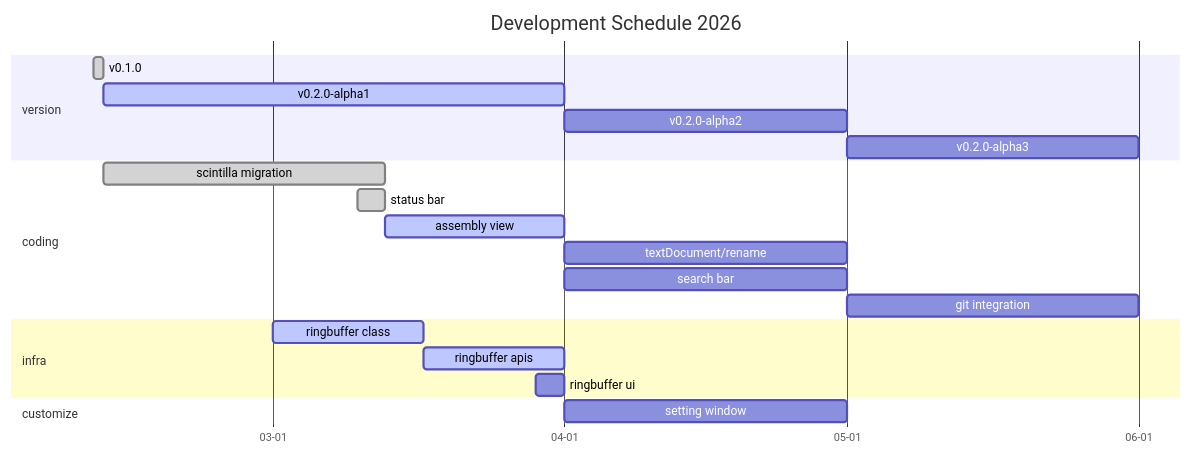
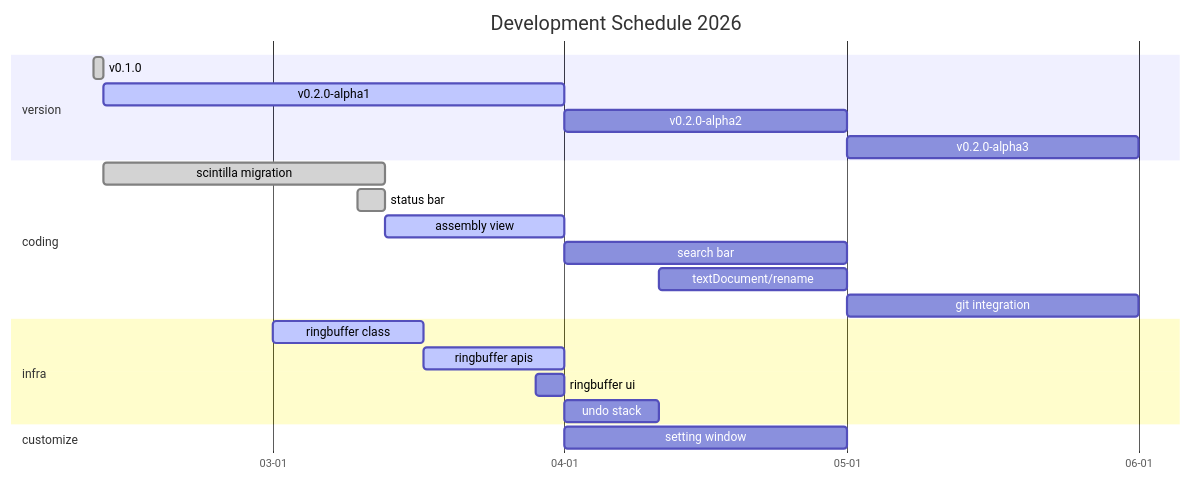
Before and after one commit to zyt20001205/UniComm2: the second of 3 diagrams in readme.md, drawn with Mermaid.

Commit message:
md update

````diff
--- a/readme.md
+++ b/readme.md
@@ -79,29 +79,30 @@
 ```mermaid
 gantt
     title Development Schedule 2026
     dateFormat MM-DD
     axisFormat %m-%d
     tickInterval 1month
 
     section version
         v0.1.0: done, 02-10, 1d
         v0.2.0-alpha1: active, 02-11, 49d
         v0.2.0-alpha2: 04-01, 30d
         v0.2.0-alpha3: 05-01, 31d
 
     section coding
         scintilla migration: done, 02-11, 30d
         status bar: done, 03-10, 3d
         assembly view: active, 03-13, 19d
-        textDocument/rename: 04-01, 30d
         search bar: 04-01, 30d
+        textDocument/rename: 04-11, 20d
         git integration: 05-01, 31d
 
     section infra
         ringbuffer class: active, 03-01, 16d
         ringbuffer apis: active, 03-17, 15d
         ringbuffer ui: 03-29, 3d
+        undo stack: 04-01, 10d
 
     section customize
         setting window: 04-01, 30d
 ```
````
